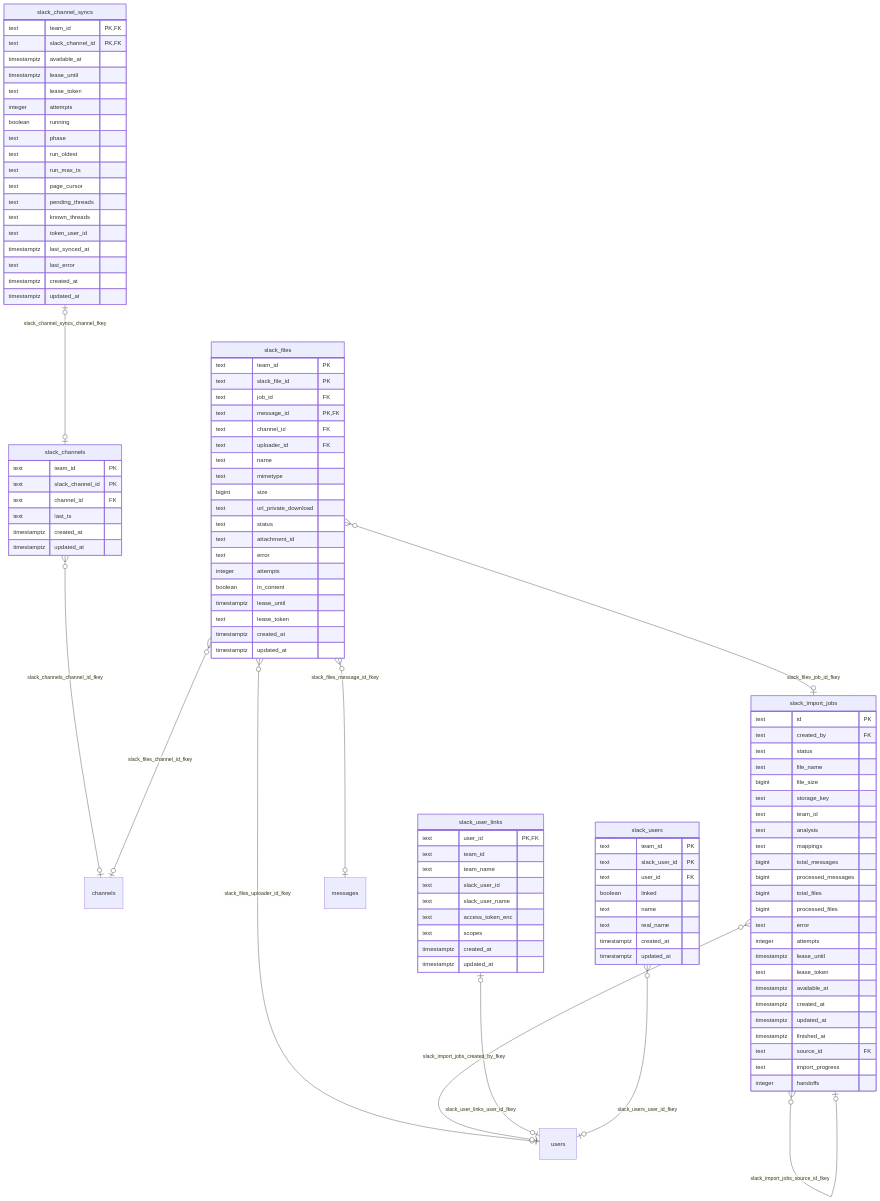
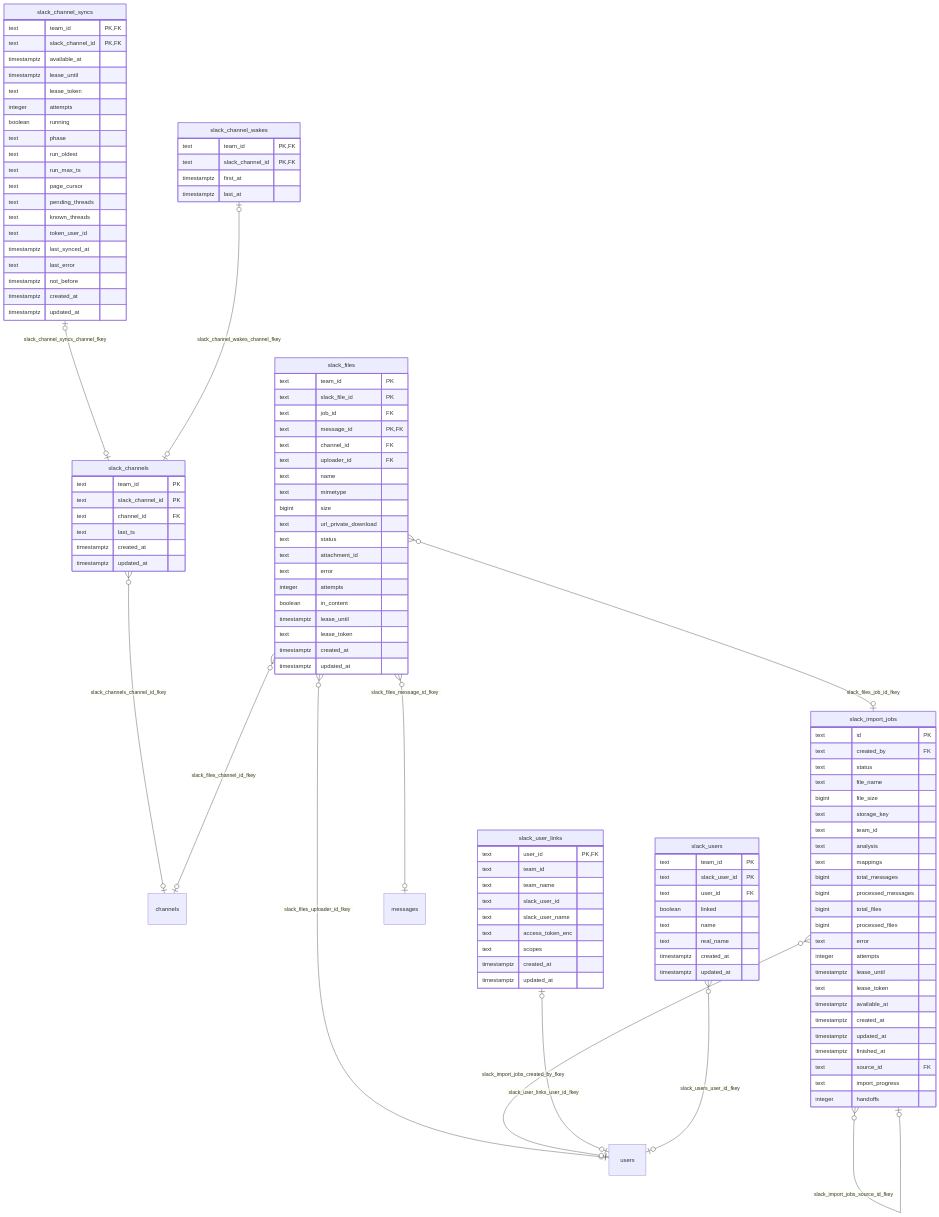
One commit to Zli-UoA/zoo2 changed the diagram in docs/db-erd/slack.md. Above: the diagram before and after it, drawn with Mermaid. The commit also changed 4 other files, not shown here.

Commit message:
docs/test(slack): Events API の受信口の docs と統合テスト、ERD (#293)

```diff
--- a/docs/db-erd/slack.md
+++ b/docs/db-erd/slack.md
@@ -23,10 +23,18 @@
       text token_user_id
       timestamptz last_synced_at
       text last_error
+      timestamptz not_before
       timestamptz created_at
       timestamptz updated_at
     }
     slack_channel_syncs |o--o| slack_channels : slack_channel_syncs_channel_fkey
+    slack_channel_wakes {
+      text team_id PK,FK
+      text slack_channel_id PK,FK
+      timestamptz first_at
+      timestamptz last_at
+    }
+    slack_channel_wakes |o--o| slack_channels : slack_channel_wakes_channel_fkey
     slack_channels {
       text team_id PK
       text slack_channel_id PK
```
